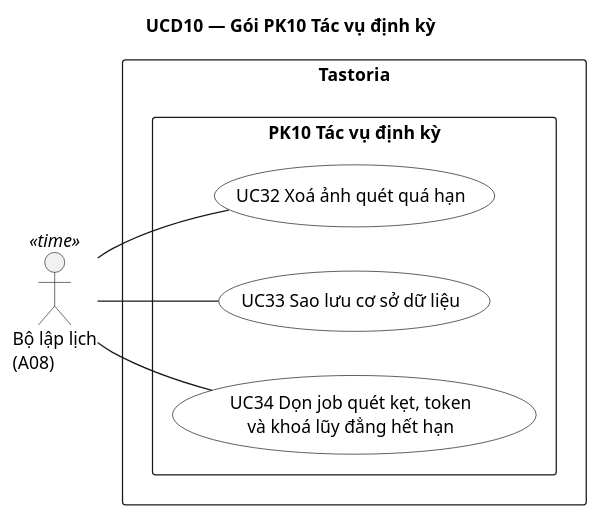
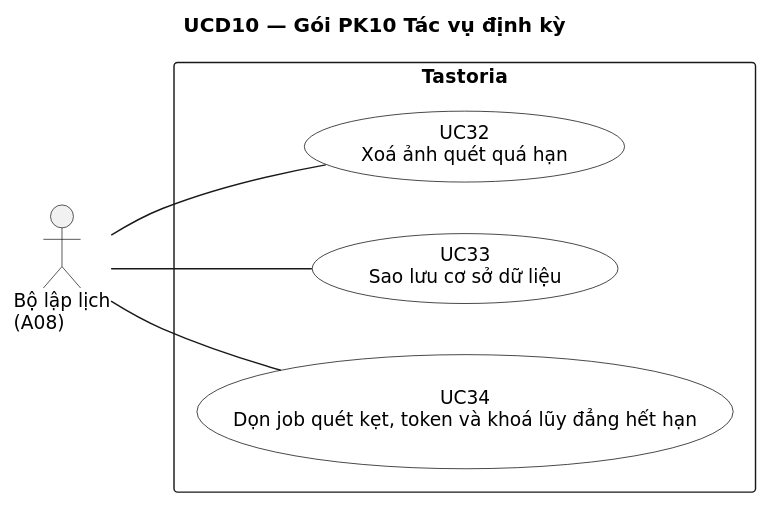
One commit to NamBuw/Tastoria changed the diagram in docs/uml/usecase/UCD10-tac-vu-dinh-ky.puml. Above: the diagram before and after it, drawn with PlantUML. The commit also changed 484 other files, not shown here.

First line of the commit message:
docs: split UML and ERD diagrams into one-topic views from a single model

```diff
--- a/docs/uml/usecase/UCD10-tac-vu-dinh-ky.puml
+++ b/docs/uml/usecase/UCD10-tac-vu-dinh-ky.puml
@@ -1,26 +1,27 @@
 @startuml
 title UCD10 — Gói PK10 Tác vụ định kỳ
-' Sinh từ docs/sad/model.yaml (actors, use_cases, rels). Không sửa tay mã định danh.
+' Sinh từ docs/sad/tools/diagrams/model.py — sửa ở đó rồi chạy gen_puml.py, không sửa tay.
+skinparam shadowing false
+skinparam defaultFontName DejaVu Sans
+skinparam defaultFontSize 13
+skinparam dpi 110
+
 left to right direction
 skinparam packageStyle rectangle
 skinparam actorStyle stick
 skinparam usecase {
   BackgroundColor White
   BorderColor Black
 }
 
-actor "Bộ lập lịch\n(A08)" as A08 <<time>>
-
+actor "Bộ lập lịch\n(A08)" as A08
 rectangle "Tastoria" {
-  package "PK10 Tác vụ định kỳ" as PK10 {
-    usecase "UC32 Xoá ảnh quét quá hạn" as UC32
-    usecase "UC33 Sao lưu cơ sở dữ liệu" as UC33
-    usecase "UC34 Dọn job quét kẹt, token\nvà khoá lũy đẳng hết hạn" as UC34
-  }
+  usecase "UC32\nXoá ảnh quét quá hạn" as UC32
+  usecase "UC33\nSao lưu cơ sở dữ liệu" as UC33
+  usecase "UC34\nDọn job quét kẹt, token và khoá lũy đẳng hết hạn" as UC34
 }
 
 A08 -- UC32
 A08 -- UC33
 A08 -- UC34
-
 @enduml
```
